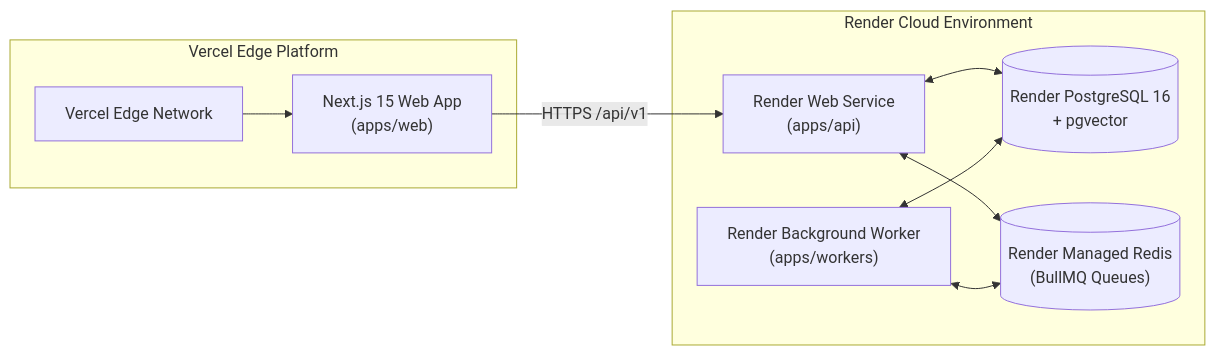
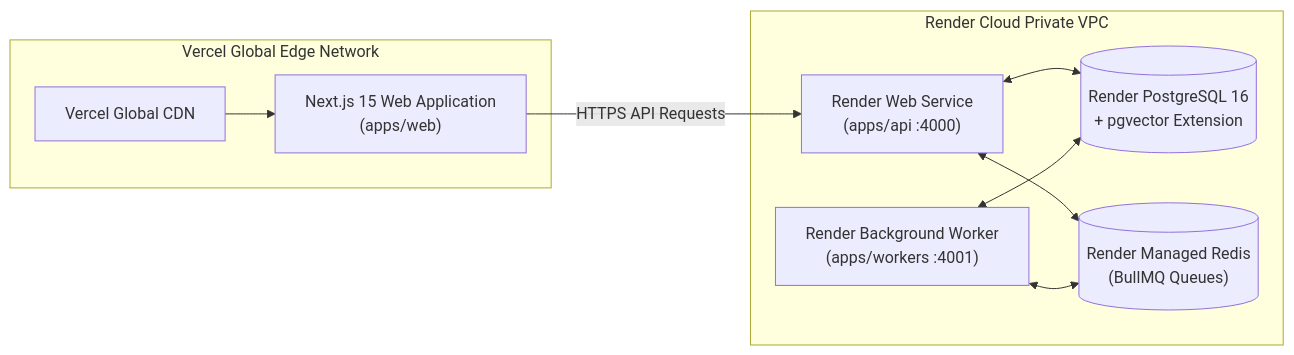
Before and after one commit to kenenisabeyan/Kenora: the fourth of 4 diagrams in README.md, drawn with Mermaid. The commit also changed other lines of this file, not shown here.

````diff
--- a/README.md
+++ b/README.md
@@ -399,16 +607,16 @@
 ```mermaid
 flowchart LR
-    subgraph VercelCloud ["Vercel Edge Platform"]
-        VercelEdge["Vercel Edge Network"] --> NextWeb["Next.js 15 Web App<br/>(apps/web)"]
+    subgraph VercelEdgeCloud ["Vercel Global Edge Network"]
+        VercelCDN["Vercel Global CDN"] --> NextApp["Next.js 15 Web Application<br/>(apps/web)"]
     end
 
-    subgraph RenderCloud ["Render Cloud Environment"]
-        NextWeb -- "HTTPS /api/v1" --> RenderAPI["Render Web Service<br/>(apps/api)"]
-        RenderWorker["Render Background Worker<br/>(apps/workers)"]
+    subgraph RenderPrivateVPC ["Render Cloud Private VPC"]
+        NextApp -- "HTTPS API Requests" --> RenderAPI["Render Web Service<br/>(apps/api :4000)"]
+        RenderWorker["Render Background Worker<br/>(apps/workers :4001)"]
         
-        RenderAPI <--> RenderPG[("Render PostgreSQL 16<br/>+ pgvector")]
+        RenderAPI <--> RenderPG[("Render PostgreSQL 16<br/>+ pgvector Extension")]
         RenderAPI <--> RenderRedis[("Render Managed Redis<br/>(BullMQ Queues)")]
         RenderWorker <--> RenderPG
         RenderWorker <--> RenderRedis
     end
 ```
````
